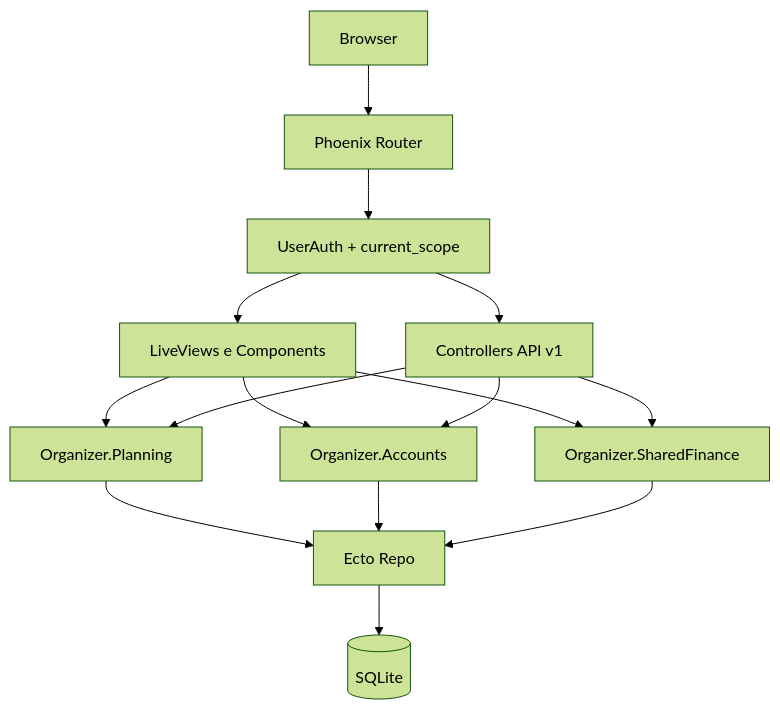
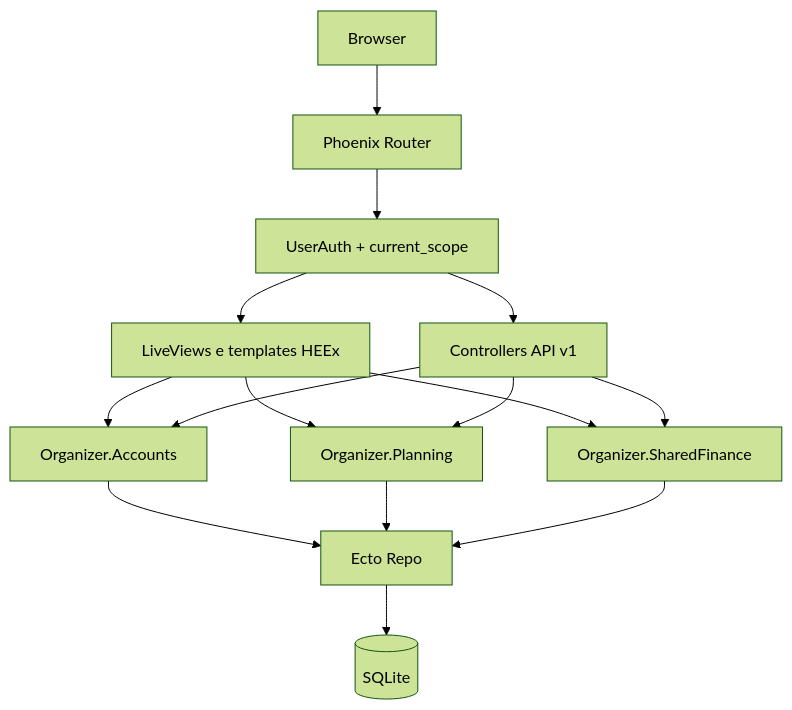
One commit to Acauhi99/organizer changed the diagram in docs/architecture.md. Above: the diagram before and after it, drawn with Mermaid (forest theme). The commit also changed other lines of this file and 48 other files, not shown here.

````diff
--- a/docs/architecture.md
+++ b/docs/architecture.md
@@ -14,21 +14,20 @@
 ```mermaid
 flowchart TD
   Browser[Browser] --> Router[Phoenix Router]
   Router --> Auth[UserAuth + current_scope]
-  Auth --> Live[LiveViews e Components]
+  Auth --> Live[LiveViews e templates HEEx]
   Auth --> API[Controllers API v1]
 
   Live --> Accounts[Organizer.Accounts]
   Live --> Planning[Organizer.Planning]
+  Live --> SharedFinance[Organizer.SharedFinance]
+
   API --> Accounts
   API --> Planning
-
-  Live --> SharedFinance[Organizer.SharedFinance]
   API --> SharedFinance
 
-  Planning --> Repo[Ecto Repo]
-  Accounts --> Repo
+  Accounts --> Repo[Ecto Repo]
+  Planning --> Repo
   SharedFinance --> Repo
   Repo --> DB[(SQLite)]
-
 ```
````
